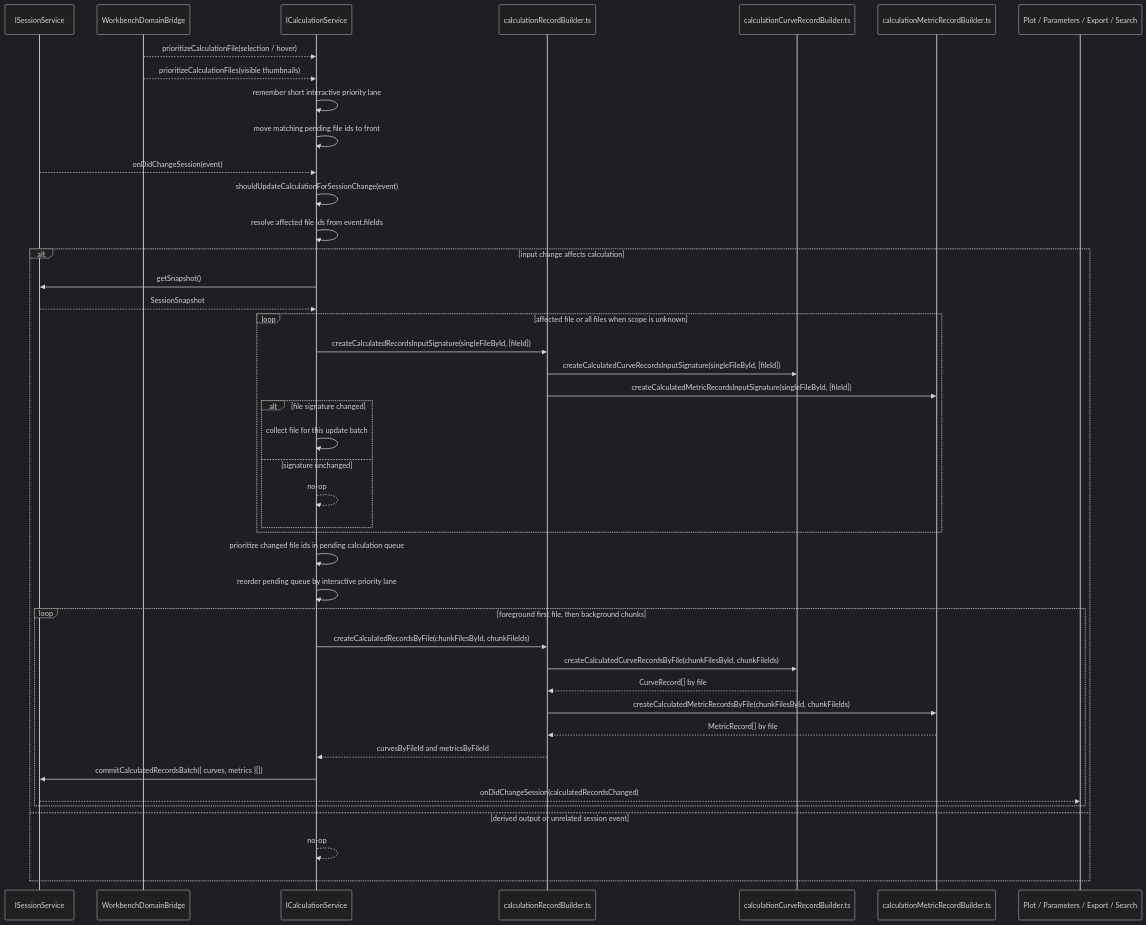
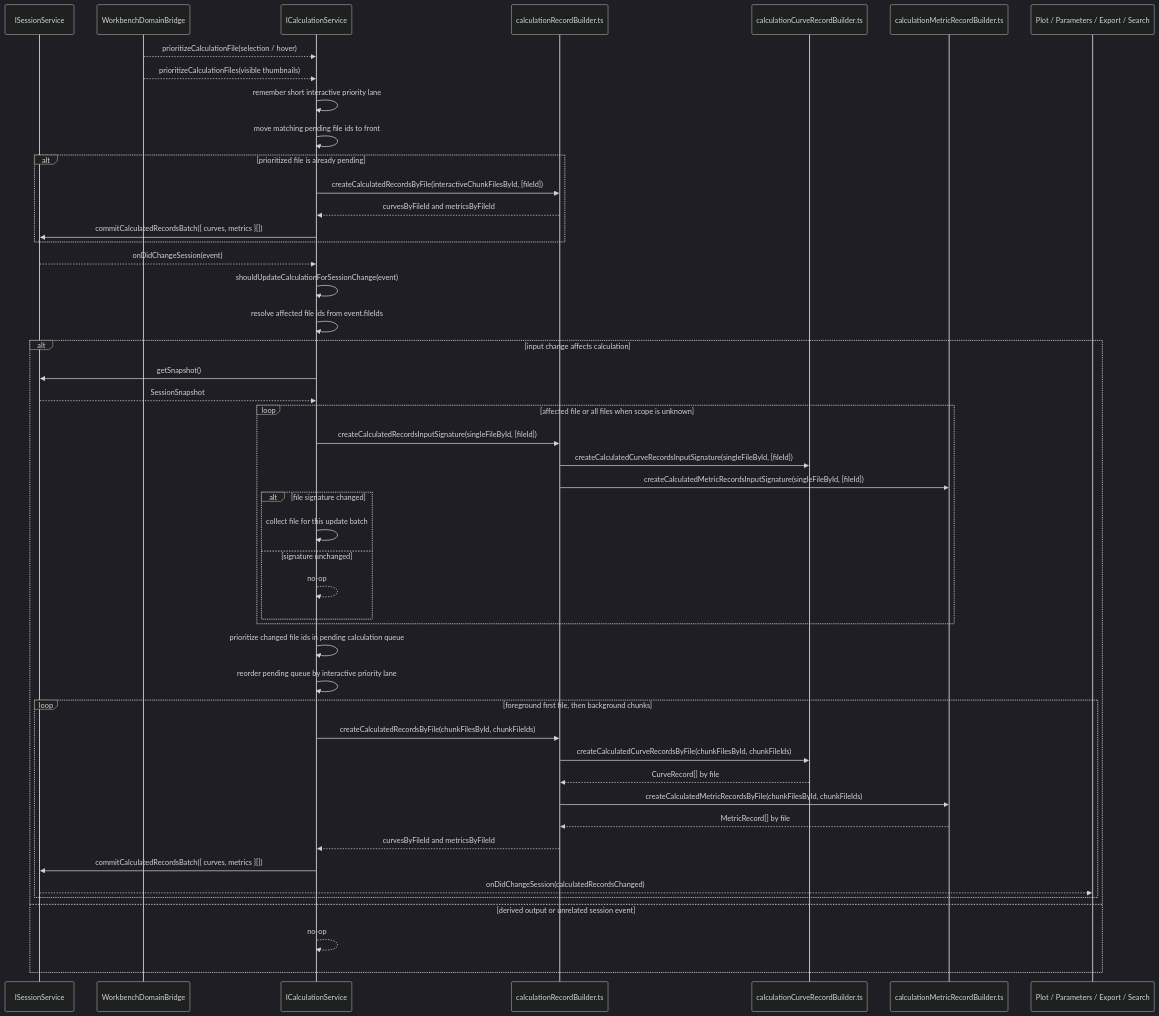
The second of 2 diagrams in .github/instructions/calculation.instructions.md (chogng/conductor), drawn with Mermaid (dark theme) before and after one commit. The commit also changed other lines of this file and 20 other files, not shown here.

````diff
--- a/.github/instructions/calculation.instructions.md
+++ b/.github/instructions/calculation.instructions.md
@@ -81,46 +81,51 @@
 ```mermaid
 sequenceDiagram
     participant Session as ISessionService
     participant DomainBridge as WorkbenchDomainBridge
     participant Calculation as ICalculationService
     participant Records as calculationRecordBuilder.ts
     participant Curves as calculationCurveRecordBuilder.ts
     participant Metrics as calculationMetricRecordBuilder.ts
     participant Consumers as Plot / Parameters / Export / Search
 
     DomainBridge-->>Calculation: prioritizeCalculationFile(selection / hover)
     DomainBridge-->>Calculation: prioritizeCalculationFiles(visible thumbnails)
     Calculation->>Calculation: remember short interactive priority lane
     Calculation->>Calculation: move matching pending file ids to front
+    alt prioritized file is already pending
+        Calculation->>Records: createCalculatedRecordsByFile(interactiveChunkFilesById, [fileId])
+        Records-->>Calculation: curvesByFileId and metricsByFileId
+        Calculation->>Session: commitCalculatedRecordsBatch({ curves, metrics }[])
+    end
     Session-->>Calculation: onDidChangeSession(event)
     Calculation->>Calculation: shouldUpdateCalculationForSessionChange(event)
     Calculation->>Calculation: resolve affected file ids from event.fileIds
     alt input change affects calculation
         Calculation->>Session: getSnapshot()
         Session-->>Calculation: SessionSnapshot
         loop affected file or all files when scope is unknown
             Calculation->>Records: createCalculatedRecordsInputSignature(singleFileById, [fileId])
             Records->>Curves: createCalculatedCurveRecordsInputSignature(singleFileById, [fileId])
             Records->>Metrics: createCalculatedMetricRecordsInputSignature(singleFileById, [fileId])
             alt file signature changed
             Calculation->>Calculation: collect file for this update batch
         else signature unchanged
             Calculation-->>Calculation: no-op
         end
         end
         Calculation->>Calculation: prioritize changed file ids in pending calculation queue
         Calculation->>Calculation: reorder pending queue by interactive priority lane
         loop foreground first file, then background chunks
             Calculation->>Records: createCalculatedRecordsByFile(chunkFilesById, chunkFileIds)
             Records->>Curves: createCalculatedCurveRecordsByFile(chunkFilesById, chunkFileIds)
             Curves-->>Records: CurveRecord[] by file
             Records->>Metrics: createCalculatedMetricRecordsByFile(chunkFilesById, chunkFileIds)
             Metrics-->>Records: MetricRecord[] by file
             Records-->>Calculation: curvesByFileId and metricsByFileId
             Calculation->>Session: commitCalculatedRecordsBatch({ curves, metrics }[])
             Session-->>Consumers: onDidChangeSession(calculatedRecordsChanged)
         end
     else derived output or unrelated session event
         Calculation-->>Calculation: no-op
     end
 ```
````
